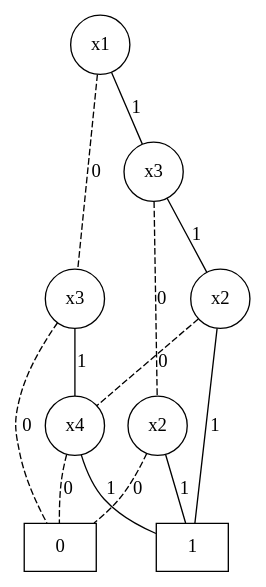
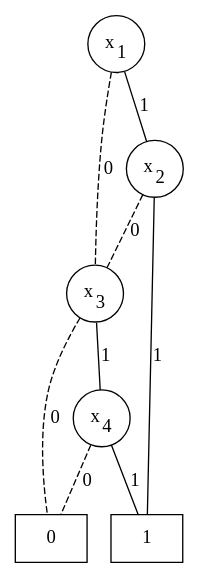
The diagram in graduate/Image/bdd_bad.dot (gcc-bug/ppt), drawn with Graphviz before and after one commit. The commit also changed 3 other files, not shown here.

```diff
--- a/graduate/Image/bdd_bad.dot
+++ b/graduate/Image/bdd_bad.dot
@@ -1,1 +1,1 @@
-graph BDD { n140686741116224 [label=0,shape=box]; n140686759497920 [label=1,shape=box]; n140686741728480 [label="x4",shape=circle]; n140686741728288 [label="x3",shape=circle]; n140686741727088 [label="x2",shape=circle]; n140686741728864 [label="x2",shape=circle]; n140686741728768 [label="x3",shape=circle]; n140686741728672 [label="x1",shape=circle]; n140686741728480 -- n140686741116224 [label=0,style=dashed]; n140686741728480 -- n140686759497920 [label=1]; n140686741728288 -- n140686741116224 [label=0,style=dashed]; n140686741728288 -- n140686741728480 [label=1]; n140686741727088 -- n140686741116224 [label=0,style=dashed]; n140686741727088 -- n140686759497920 [label=1]; n140686741728864 -- n140686741728480 [label=0,style=dashed]; n140686741728864 -- n140686759497920 [label=1]; n140686741728768 -- n140686741727088 [label=0,style=dashed]; n140686741728768 -- n140686741728864 [label=1]; n140686741728672 -- n140686741728288 [label=0,style=dashed]; n140686741728672 -- n140686741728768 [label=1]; }
+graph BDD { n139803254498848 [label=0,shape=box]; n139803256083536 [label=1,shape=box]; n139803202677840 [label=<x<SUB>4</SUB>>,shape=circle]; n139803202676400 [label=<x<SUB>3</SUB>>,shape=circle]; n139803202675824 [label=<x<SUB>2</SUB>>,shape=circle]; n139803202675680 [label=<x<SUB>1</SUB>>,shape=circle]; n139803202677840 -- n139803254498848 [label=0,style=dashed]; n139803202677840 -- n139803256083536 [label=1]; n139803202676400 -- n139803254498848 [label=0,style=dashed]; n139803202676400 -- n139803202677840 [label=1]; n139803202675824 -- n139803202676400 [label=0,style=dashed]; n139803202675824 -- n139803256083536 [label=1]; n139803202675680 -- n139803202676400 [label=0,style=dashed]; n139803202675680 -- n139803202675824 [label=1]; }
```
